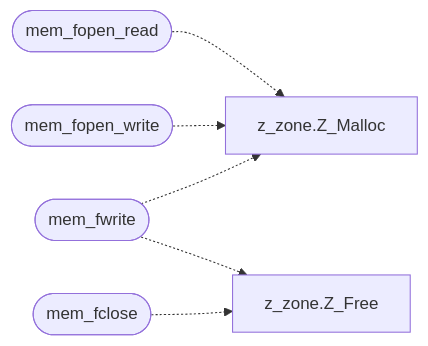
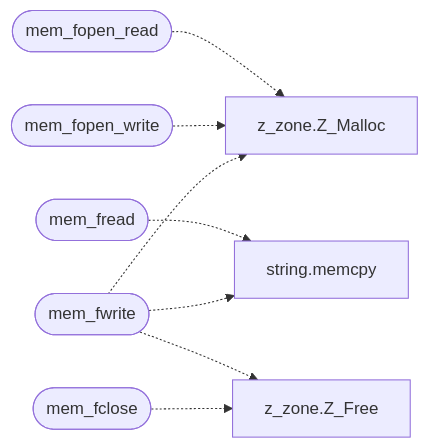
Before and after one commit to grisuno/miniOS: the diagram in readmenator-apidocs/modules/progs.doomgeneric.memio.c.md, drawn with Mermaid. The commit also changed other lines of this file and 222 other files, not shown here.

````diff
--- a/readmenator-apidocs/modules/progs.doomgeneric.memio.c.md
+++ b/readmenator-apidocs/modules/progs.doomgeneric.memio.c.md
@@ -18,14 +18,18 @@
 ```mermaid
 flowchart LR
     n_progs_doomgeneric_memio_c__mem_fopen_read(["mem_fopen_read"])
     n_progs_doomgeneric_z_zone_h__Z_Malloc["z_zone.Z_Malloc"]
+    n_progs_doomgeneric_memio_c__mem_fread(["mem_fread"])
+    n_kernel_string_c__memcpy["string.memcpy"]
     n_progs_doomgeneric_memio_c__mem_fopen_write(["mem_fopen_write"])
     n_progs_doomgeneric_memio_c__mem_fwrite(["mem_fwrite"])
     n_progs_doomgeneric_z_zone_h__Z_Free["z_zone.Z_Free"]
     n_progs_doomgeneric_memio_c__mem_fclose(["mem_fclose"])
     n_progs_doomgeneric_memio_c__mem_fopen_read -.-> n_progs_doomgeneric_z_zone_h__Z_Malloc
+    n_progs_doomgeneric_memio_c__mem_fread -.-> n_kernel_string_c__memcpy
     n_progs_doomgeneric_memio_c__mem_fopen_write -.-> n_progs_doomgeneric_z_zone_h__Z_Malloc
+    n_progs_doomgeneric_memio_c__mem_fwrite -.-> n_kernel_string_c__memcpy
     n_progs_doomgeneric_memio_c__mem_fwrite -.-> n_progs_doomgeneric_z_zone_h__Z_Free
     n_progs_doomgeneric_memio_c__mem_fwrite -.-> n_progs_doomgeneric_z_zone_h__Z_Malloc
     n_progs_doomgeneric_memio_c__mem_fclose -.-> n_progs_doomgeneric_z_zone_h__Z_Free
 ```
````
